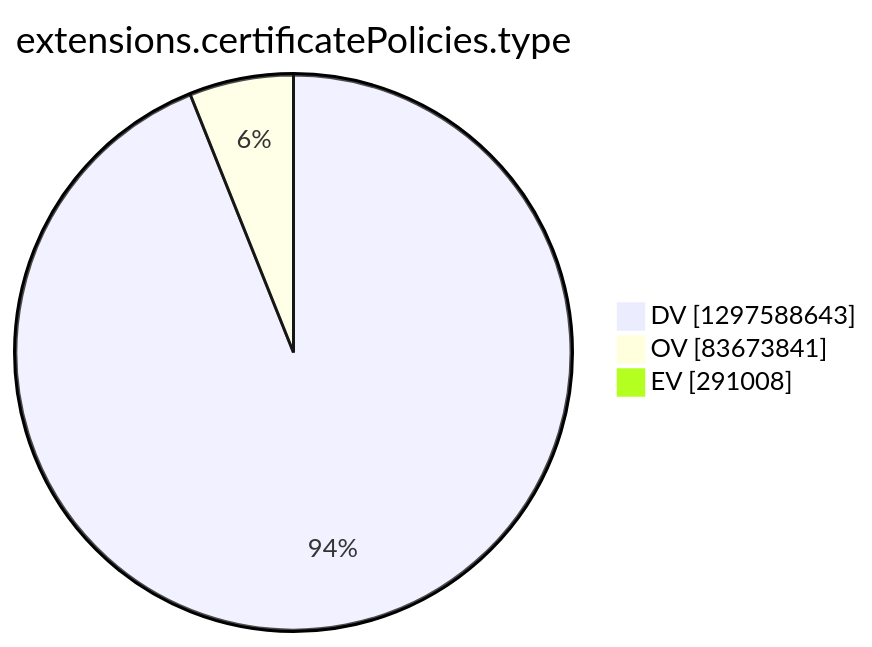
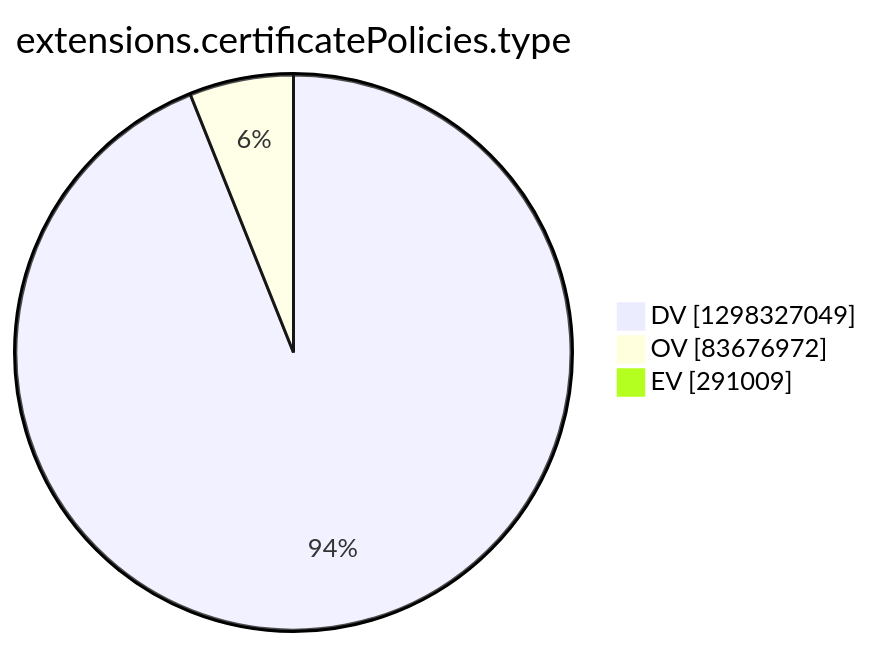
Before and after one commit to christiankrug/ctmonitor_visualization: the tenth of 15 diagrams in argon2022/README.md, drawn with Mermaid. The commit also changed other lines of this file, not shown here.

````diff
--- a/argon2022/README.md
+++ b/argon2022/README.md
@@ -2772,7 +2772,7 @@
 ```mermaid
 pie showData
 title extensions.certificatePolicies.type
-"DV" :1297588643
-"OV" :83673841
-"EV" :291008
+"DV" :1298327049
+"OV" :83676972
+"EV" :291009
 ```
````
